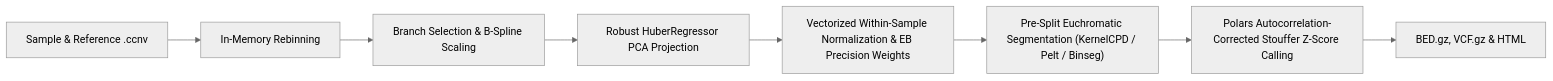
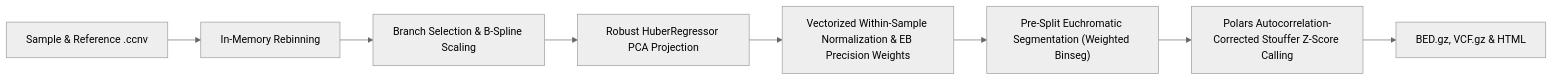
One commit to matthdsm/ccnv changed the third of 3 diagrams in docs/cli.md. Above: the diagram before and after it, drawn with Mermaid (neutral theme). The commit also changed other lines of this file and 24 other files, not shown here.

````diff
--- a/docs/cli.md
+++ b/docs/cli.md
@@ -137,10 +137,10 @@
 ```mermaid
 flowchart LR
     A["Sample & Reference .ccnv"] --> B["In-Memory Rebinning"]
     B --> C["Branch Selection & B-Spline Scaling"]
     C --> D["Robust HuberRegressor PCA Projection"]
     D --> E["Vectorized Within-Sample Normalization & EB Precision Weights"]
-    E --> F["Pre-Split Euchromatic Segmentation (KernelCPD / Pelt / Binseg)"]
+    E --> F["Pre-Split Euchromatic Segmentation (Weighted Binseg)"]
     F --> G["Polars Autocorrelation-Corrected Stouffer Z-Score Calling"]
     G --> H["BED.gz, VCF.gz & HTML"]
 ```
````
